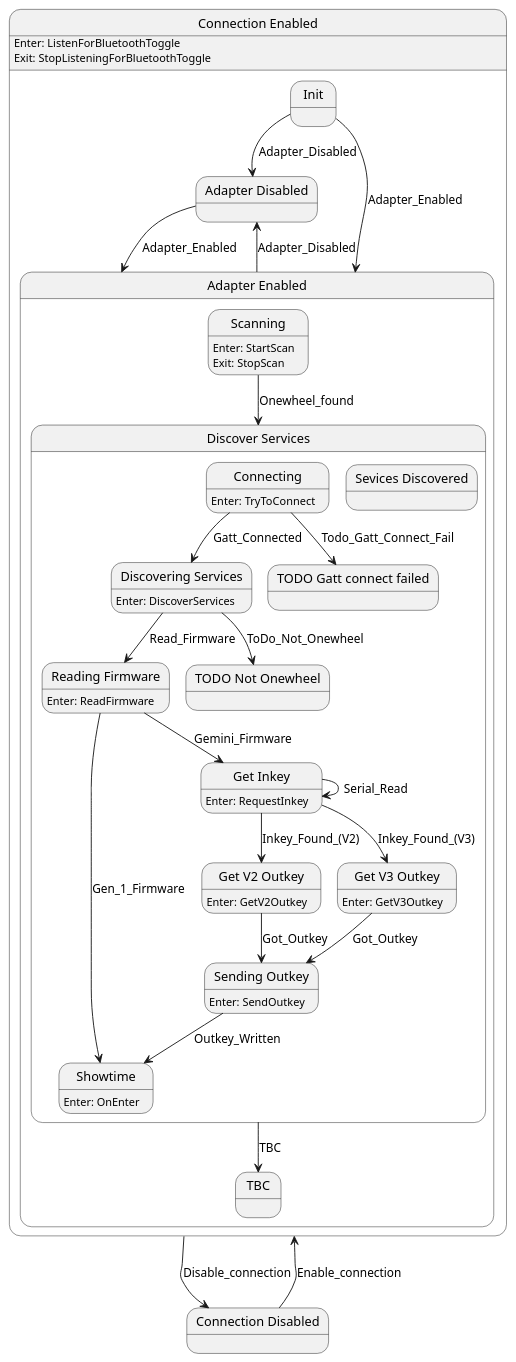
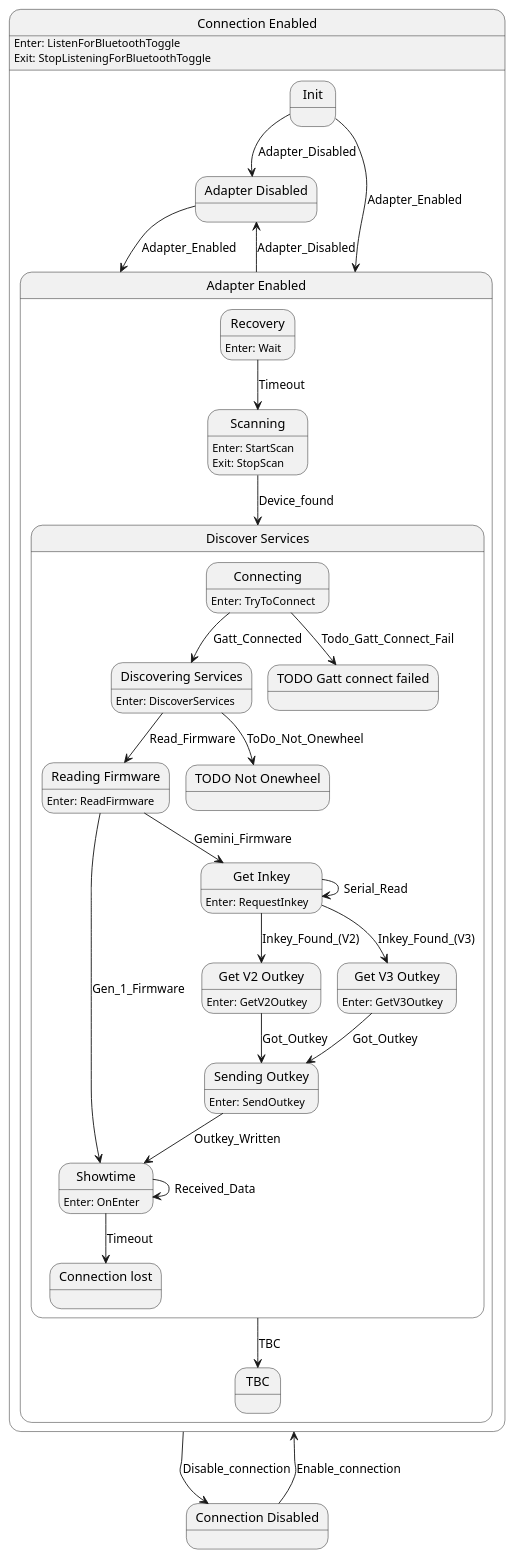
The diagram in doc/ponewheel-state.plantuml (tekkies/android-ponewheel), drawn with PlantUML before and after one commit. The commit also changed 4 other files, not shown here.

```diff
--- a/doc/ponewheel-state.plantuml
+++ b/doc/ponewheel-state.plantuml
@@ -1,71 +1,77 @@
 @startuml
 state "Connection Enabled" as Connection_Enabled  {
     state "Adapter Disabled" as Adapter_Disabled  {
     }
     state "Adapter Enabled" as Adapter_Enabled  {
         state "Discover Services" as Discover_Services  {
             state "Discovering Services" as Discovering_Services  {
 Discovering_Services : Enter: DiscoverServices
-            }
-            state "Sevices Discovered" as Sevices_Discovered  {
             }
             state "Reading Firmware" as Reading_Firmware  {
 Reading_Firmware : Enter: ReadFirmware
             }
             state "Showtime" as Showtime  {
 Showtime : Enter: OnEnter
             }
             state "Get Inkey" as Get_Inkey  {
 Get_Inkey : Enter: RequestInkey
             }
             state "Get V2 Outkey" as Get_V2_Outkey  {
 Get_V2_Outkey : Enter: GetV2Outkey
             }
             state "Get V3 Outkey" as Get_V3_Outkey  {
 Get_V3_Outkey : Enter: GetV3Outkey
             }
             state "Sending Outkey" as Sending_Outkey  {
 Sending_Outkey : Enter: SendOutkey
             }
             state "TODO Gatt connect failed" as TODO_Gatt_connect_failed  {
             }
             state "TODO Not Onewheel" as TODO_Not_Onewheel  {
             }
+            state "Connection lost" as Connection_lost  {
+            }
             state "Connecting" as Connecting  {
 Connecting : Enter: TryToConnect
             }
+        }
+        state "Recovery" as Recovery  {
+Recovery : Enter: Wait
         }
         state "TBC" as TBC  {
         }
         state "Scanning" as Scanning  {
 Scanning : Enter: StartScan\nExit: StopScan
         }
     }
     state "Init" as Init  {
     }
 Connection_Enabled : Enter: ListenForBluetoothToggle\nExit: StopListeningForBluetoothToggle
 }
 state "Connection Disabled" as Connection_Disabled  {
 }
 Adapter_Disabled --> Adapter_Enabled : Adapter_Enabled
 Discovering_Services --> TODO_Not_Onewheel : ToDo_Not_Onewheel
 Discovering_Services --> Reading_Firmware : Read_Firmware
 Reading_Firmware --> Showtime : Gen_1_Firmware
 Reading_Firmware --> Get_Inkey : Gemini_Firmware
+Showtime --> Showtime : Received_Data
+Showtime --> Connection_lost : Timeout
 Get_Inkey --> Get_Inkey : Serial_Read
 Get_Inkey --> Get_V2_Outkey : Inkey_Found_(V2)
 Get_Inkey --> Get_V3_Outkey : Inkey_Found_(V3)
 Get_V2_Outkey --> Sending_Outkey : Got_Outkey
 Get_V3_Outkey --> Sending_Outkey : Got_Outkey
 Sending_Outkey --> Showtime : Outkey_Written
 Connecting --> Discovering_Services : Gatt_Connected
 Connecting --> TODO_Gatt_connect_failed : Todo_Gatt_Connect_Fail
 Discover_Services --> TBC : TBC
-Scanning --> Discover_Services : Onewheel_found
+Recovery --> Scanning : Timeout
+Scanning --> Discover_Services : Device_found
 Adapter_Enabled --> Adapter_Disabled : Adapter_Disabled
 Init --> Adapter_Enabled : Adapter_Enabled
 Init --> Adapter_Disabled : Adapter_Disabled
 Connection_Enabled --> Connection_Disabled : Disable_connection
 Connection_Disabled --> Connection_Enabled : Enable_connection
  
 @enduml
```
